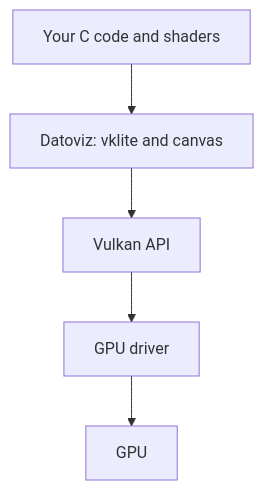
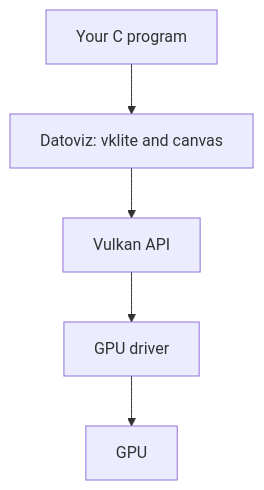
One commit to datoviz/datoviz changed the diagram in docs/gpu-graphics/index.md. Above: the diagram before and after it, drawn with Mermaid. The commit also changed 2 other files, not shown here.

Commit message:
Make the course pipeline diagrams consistent and readable

````diff
--- a/docs/gpu-graphics/index.md
+++ b/docs/gpu-graphics/index.md
@@ -28,9 +28,9 @@
 ```mermaid
 flowchart TD
     accTitle: Layers between your code and the GPU
-    accDescr: Your C code and shaders call Datoviz's vklite and canvas, which call the Vulkan API, which the GPU driver implements for the GPU.
-    A[Your C code and shaders] --> B[Datoviz: vklite and canvas]
+    accDescr: Your C program calls Datoviz's vklite and canvas, which call the Vulkan API, which the GPU driver implements for the GPU.
+    A[Your C program] --> B[Datoviz: vklite and canvas]
     B --> C[Vulkan API]
     C --> D[GPU driver]
     D --> E[GPU]
 ```
````
